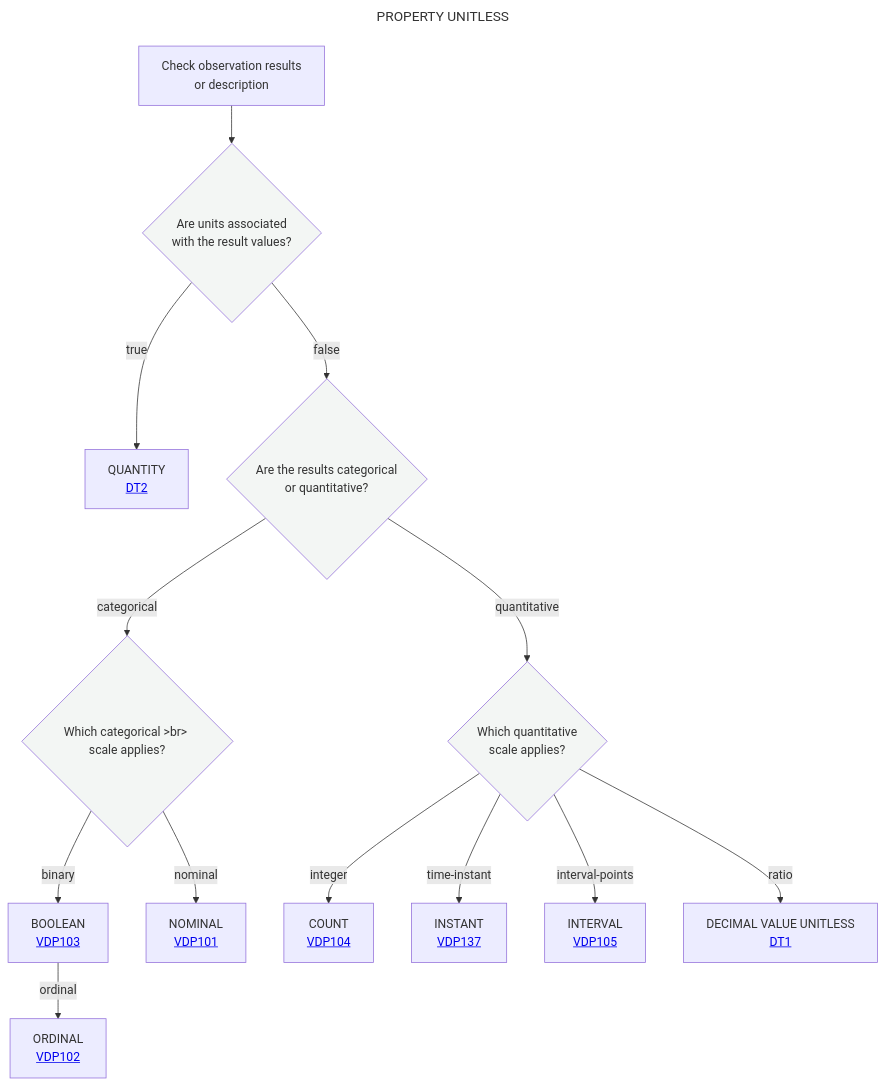
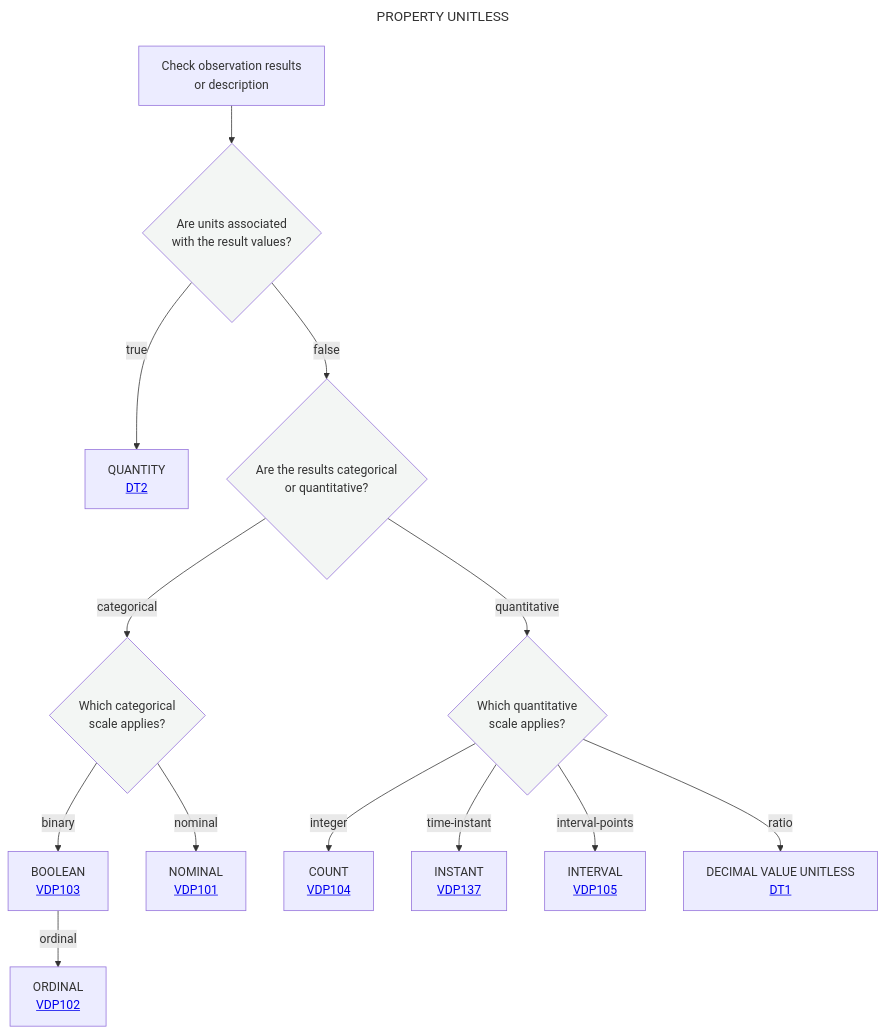
The diagram in Decisition_trees/dttest.mmd (mabablue/I-ADOPT-patterns-playground), drawn with Mermaid before and after one commit.

```diff
--- a/Decisition_trees/dttest.mmd
+++ b/Decisition_trees/dttest.mmd
@@ -1,27 +1,27 @@
 ---
 title: PROPERTY UNITLESS
 ---
 flowchart TD
     A[Check observation results <br> or description] --> B{Are units associated <br> with the result values?}:::white
     
     %% Branch: Units Present -> QUANTITY (Ratio Scale with Units)
     B --> |true|N[QUANTITY <br> <a href='https://github.com/mabablue/I-ADOPT-patterns-playground/blob/main/Decisition_trees/DT2.mmd'>DT2</a><br>]
     
     %% Branch: Unitless Path
     B --> |false|C{Are the results categorical <br> or quantitative?}:::white
     
     %% Categorical Branch (Binary, Nominal, Ordinal)
-    C -- categorical --> D{Which categorical >br> scale applies?}:::white
+    C -- categorical --> D{Which categorical <br> scale applies?}:::white
     D -- binary --> E[BOOLEAN <br> <a href='https://github.com/mabablue/I-ADOPT-patterns-playground/blob/main/pattern/VDP103.yaml'>VDP103</a><br>]
     D -- nominal -->F[NOMINAL <br> <a href='https://github.com/mabablue/I-ADOPT-patterns-playground/blob/main/pattern/VDP101.yaml'>VDP101</a><br>]
     E -- ordinal -->G[ORDINAL <br> <a href='https://github.com/mabablue/I-ADOPT-patterns-playground/blob/main/pattern/VDP102.yaml'>VDP102</a><br>]
     C -- quantitative -->H{Which quantitative <br> scale applies?}:::white
     H -- integer -->I[COUNT <br> <a href='https://github.com/mabablue/I-ADOPT-patterns-playground/blob/main/pattern/VDP104.yaml'>VDP104</a><br>]
     H -- time-instant -->K[INSTANT <br> <a href='https://github.com/mabablue/I-ADOPT-patterns-playground/blob/main/pattern/VDP137.yaml'>VDP137</a><br>]
     H -- interval-points -->L[INTERVAL <br> <a href='https://github.com/mabablue/I-ADOPT-patterns-playground/blob/main/pattern/VDP105.yaml'>VDP105</a><br>]
     H -- ratio -->M[DECIMAL VALUE UNITLESS <br> <a href='https://github.com/mabablue/I-ADOPT-patterns-playground/blob/main/Decisition_trees/DT1.mmd'>DT1</a><br>]
 
     classDef blue fill:#90D5FF
     classDef satblue fill:#57B9FF
     classDef white fill:#f3f6f4
     classDef green fill:#6aa84f
```
